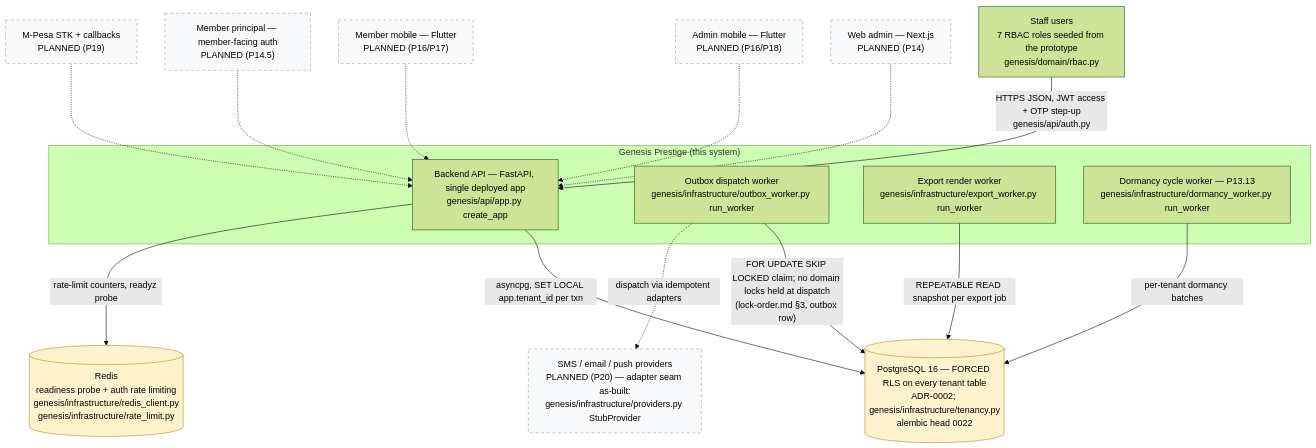
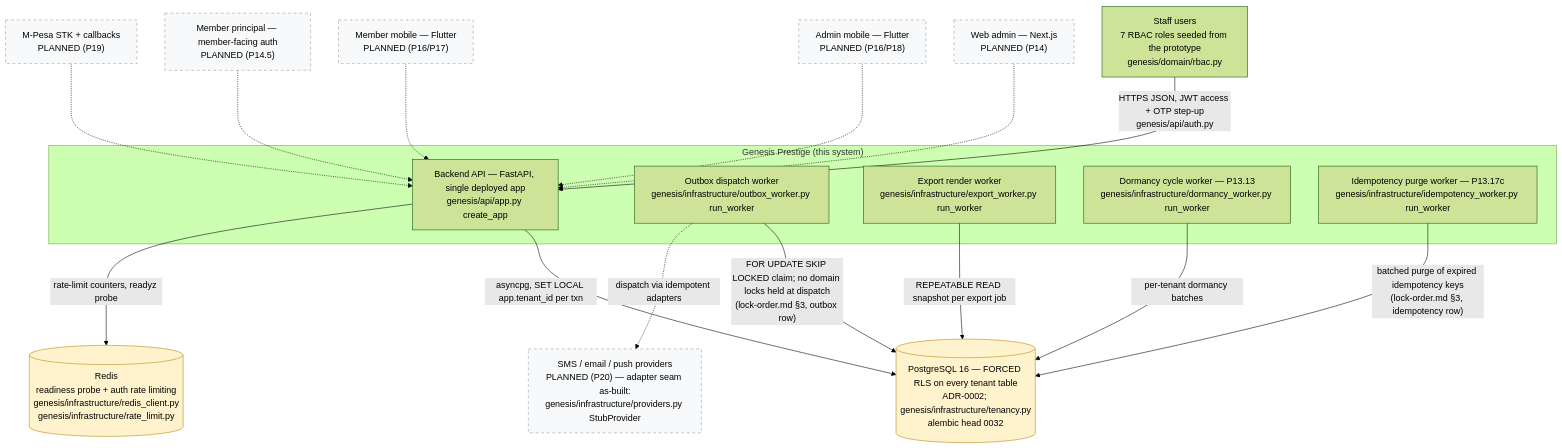
The diagram in docs/diagrams/c4-context.md (Benson-Kim/genesis-sacco), drawn with Mermaid (forest theme) before and after one commit. The commit also changed other lines of this file and 1 other file, not shown here.

First line of the commit message:
docs(diagrams): C4 L1/L2 — head 0032, fourth worker loop, 0025-0032 store properties

````diff
--- a/docs/diagrams/c4-context.md
+++ b/docs/diagrams/c4-context.md
@@ -24,43 +27,45 @@
 ```mermaid
 flowchart TB
     %% Authored against main @ 08541b860f1445b16c342c39b6606d86b9dbeb17
     %% L1 context — as-built boxes cite genesis modules; dashed = PLANNED (Pn).
 
     STAFF["Staff users<br/>7 RBAC roles seeded from the prototype<br/>genesis/domain/rbac.py"]
 
     subgraph SYS["Genesis Prestige (this system)"]
         API["Backend API — FastAPI, single deployed app<br/>genesis/api/app.py create_app"]
         OBW["Outbox dispatch worker<br/>genesis/infrastructure/outbox_worker.py run_worker"]
         EXW["Export render worker<br/>genesis/infrastructure/export_worker.py run_worker"]
         DMW["Dormancy cycle worker — P13.13<br/>genesis/infrastructure/dormancy_worker.py run_worker"]
+        IDW["Idempotency purge worker — P13.17c<br/>genesis/infrastructure/idempotency_worker.py run_worker"]
     end
 
-    PG[("PostgreSQL 16 — FORCED RLS on every tenant table<br/>ADR-0002; genesis/infrastructure/tenancy.py<br/>alembic head 0022")]
+    PG[("PostgreSQL 16 — FORCED RLS on every tenant table<br/>ADR-0002; genesis/infrastructure/tenancy.py<br/>alembic head 0032")]
     RD[("Redis<br/>readiness probe + auth rate limiting<br/>genesis/infrastructure/redis_client.py<br/>genesis/infrastructure/rate_limit.py")]
 
     WEB["Web admin — Next.js<br/>PLANNED (P14)"]
     ADM["Admin mobile — Flutter<br/>PLANNED (P16/P18)"]
     MEM["Member mobile — Flutter<br/>PLANNED (P16/P17)"]
     MPR["Member principal — member-facing auth<br/>PLANNED (P14.5)"]
     MPESA["M-Pesa STK + callbacks<br/>PLANNED (P19)"]
     PROV["SMS / email / push providers<br/>PLANNED (P20) — adapter seam as-built:<br/>genesis/infrastructure/providers.py StubProvider"]
 
     STAFF -->|"HTTPS JSON, JWT access + OTP step-up<br/>genesis/api/auth.py"| API
     API -->|"asyncpg, SET LOCAL app.tenant_id per txn"| PG
     API -->|"rate-limit counters, readyz probe"| RD
     OBW -->|"FOR UPDATE SKIP LOCKED claim; no domain locks held at dispatch<br/>(lock-order.md §3, outbox row)"| PG
     EXW -->|"REPEATABLE READ snapshot per export job"| PG
     DMW -->|"per-tenant dormancy batches"| PG
+    IDW -->|"batched purge of expired idempotency keys<br/>(lock-order.md §3, idempotency row)"| PG
     OBW -.->|"dispatch via idempotent adapters"| PROV
 
     WEB -.-> API
     ADM -.-> API
     MEM -.-> API
     MPR -.-> API
     MPESA -.-> API
 
     classDef planned fill:#f8f9fa,stroke:#999,stroke-dasharray: 5 5;
     class WEB,ADM,MEM,MPR,MPESA,PROV planned;
     classDef store fill:#fff3cd,stroke:#b8860b;
     class PG,RD store;
 ```
````
